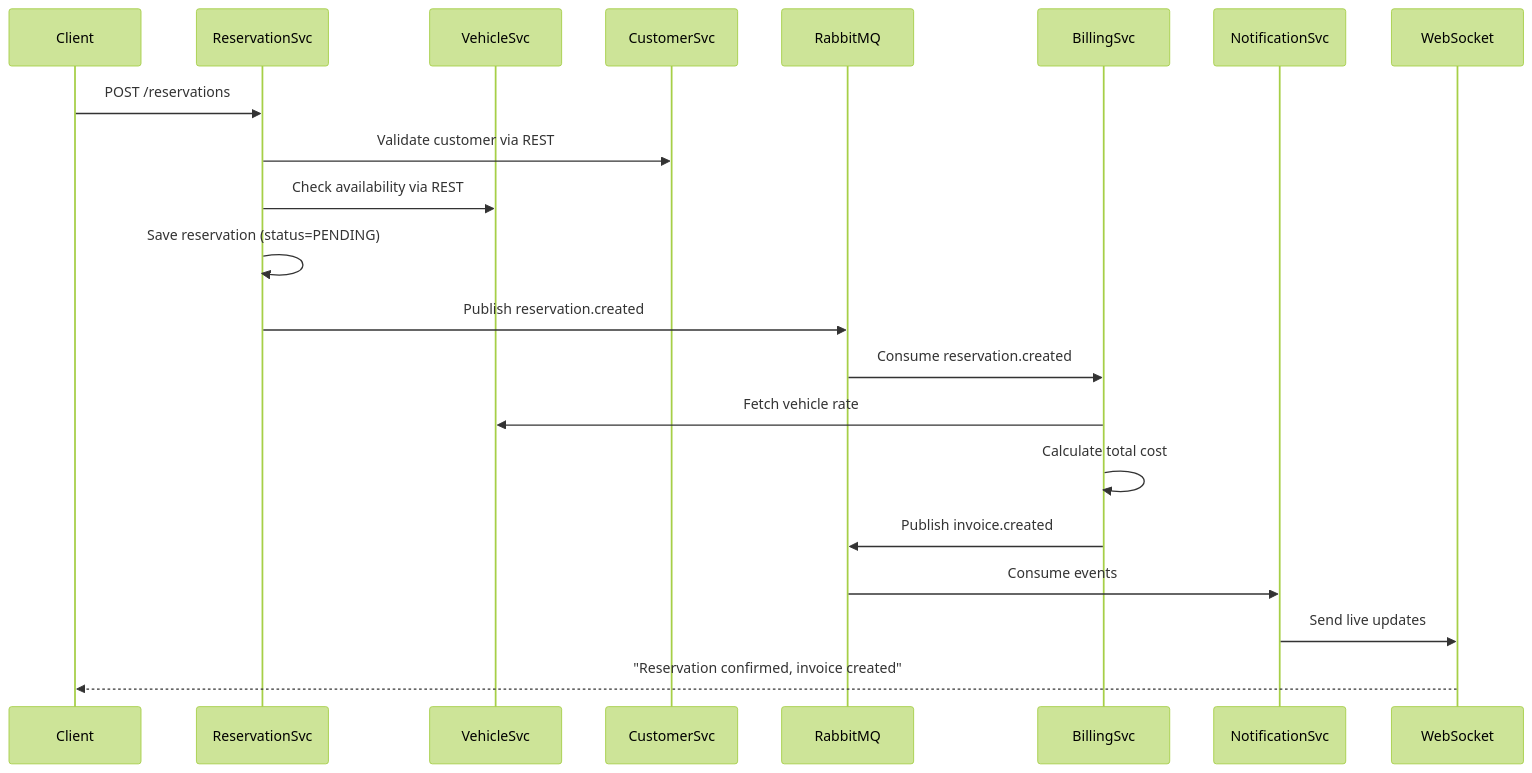
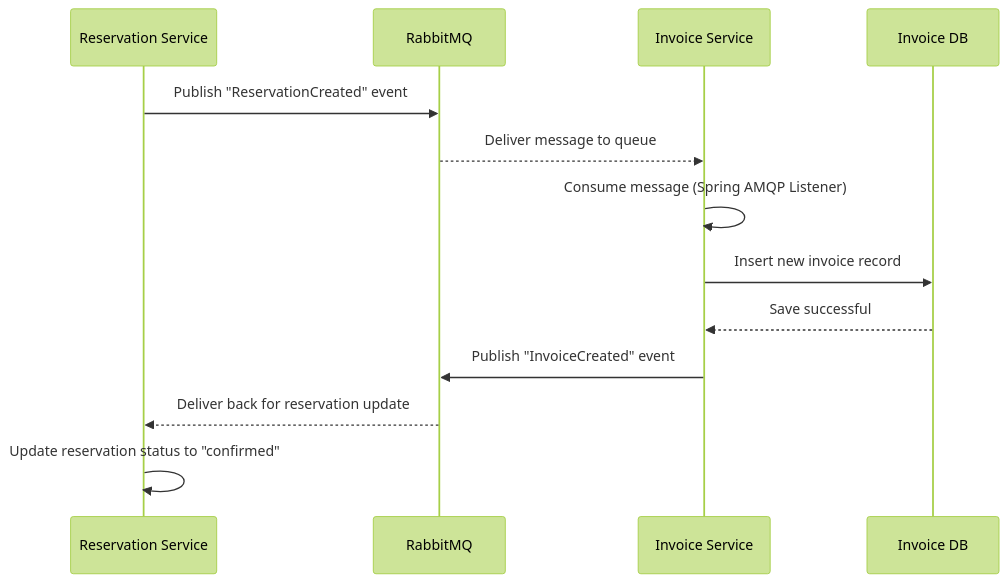
One commit to MihaiCatalin97/mentorship-project-2025 changed the sixth of 8 diagrams in docs/flows/flows.md. Above: the diagram before and after it, drawn with Mermaid (forest theme). The commit also changed other lines of this file and 5 other files, not shown here.

````diff
--- a/docs/flows/flows.md
+++ b/docs/flows/flows.md
@@ -5,23 +178,15 @@
 ```mermaid
 sequenceDiagram
-    participant Client
-    participant ReservationSvc
-    participant VehicleSvc
-    participant CustomerSvc
-    participant RabbitMQ
-    participant BillingSvc
-    participant NotificationSvc
-    participant WebSocket
-    Client ->> ReservationSvc: POST /reservations
-    ReservationSvc ->> CustomerSvc: Validate customer via REST
-    ReservationSvc ->> VehicleSvc: Check availability via REST
-    ReservationSvc ->> ReservationSvc: Save reservation (status=PENDING)
-    ReservationSvc ->> RabbitMQ: Publish reservation.created
-    RabbitMQ ->> BillingSvc: Consume reservation.created
-    BillingSvc ->> VehicleSvc: Fetch vehicle rate
-    BillingSvc ->> BillingSvc: Calculate total cost
-    BillingSvc ->> RabbitMQ: Publish invoice.created
-    RabbitMQ ->> NotificationSvc: Consume events
-    NotificationSvc ->> WebSocket: Send live updates
-    WebSocket -->> Client: "Reservation confirmed, invoice created"
+    participant RES as Reservation Service
+    participant RMQ as RabbitMQ
+    participant INV as Invoice Service
+    participant DBI as Invoice DB
+    RES ->> RMQ: Publish "ReservationCreated" event
+    RMQ -->> INV: Deliver message to queue
+    INV ->> INV: Consume message (Spring AMQP Listener)
+    INV ->> DBI: Insert new invoice record
+    DBI -->> INV: Save successful
+    INV ->> RMQ: Publish "InvoiceCreated" event
+    RMQ -->> RES: Deliver back for reservation update
+    RES ->> RES: Update reservation status to "confirmed"
 ```
````
